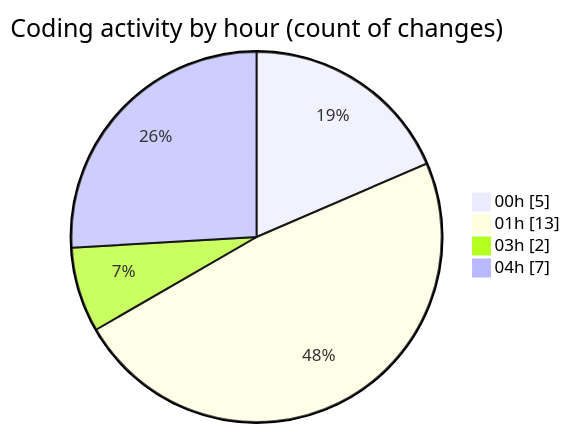
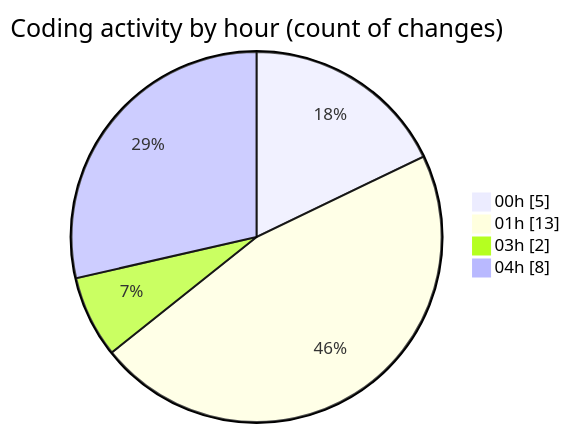
The second of 2 diagrams in 2026-02-27/shadcn-admin-kit-main__workspace_/README.md (jadenblack/code-tracking), drawn with Mermaid before and after one commit. The commit also changed other lines of this file and 1 other file, not shown here.

````diff
--- a/2026-02-27/shadcn-admin-kit-main__workspace_/README.md
+++ b/2026-02-27/shadcn-admin-kit-main__workspace_/README.md
@@ -40,8 +40,8 @@
 ```mermaid
 pie showData
 title Coding activity by hour (count of changes)
 "00h" : 5
 "01h" : 13
 "03h" : 2
-"04h" : 7
+"04h" : 8
 ```
````
